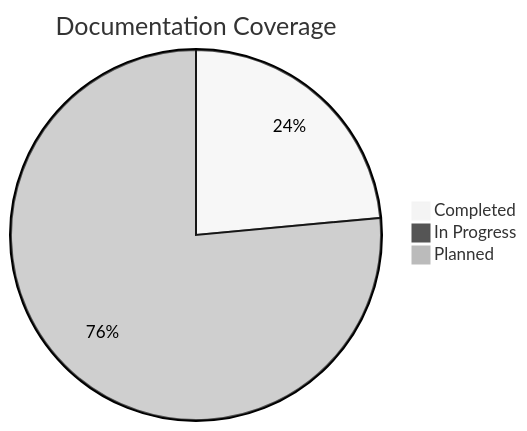
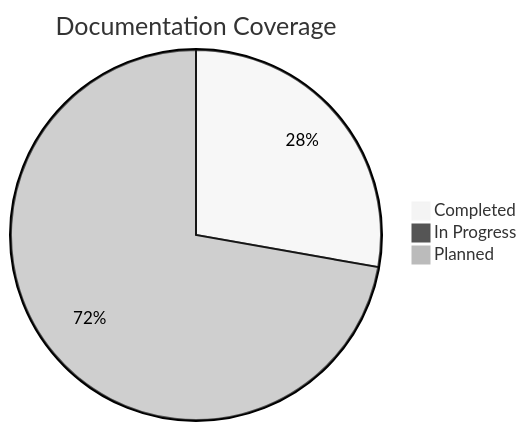
The second of 2 diagrams in docs/index.md (abhayraj-ops/Cake-Learn), drawn with Mermaid (neutral theme) before and after one commit. The commit also changed other lines of this file and 2 other files, not shown here.

````diff
--- a/docs/index.md
+++ b/docs/index.md
@@ -176,6 +182,6 @@
 ```mermaid
 pie title Documentation Coverage
-    "Completed" : 4
+    "Completed" : 5
     "In Progress" : 0
     "Planned" : 13
 ```
````
